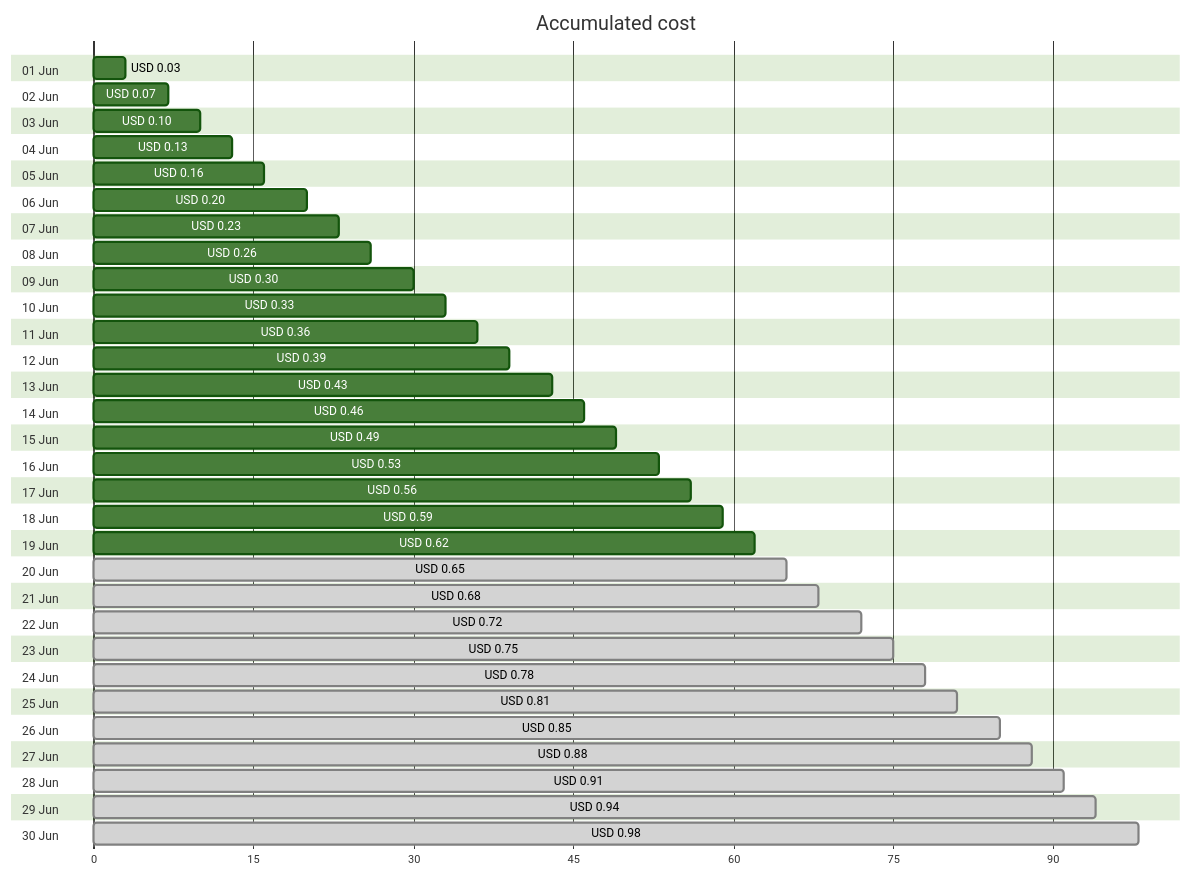
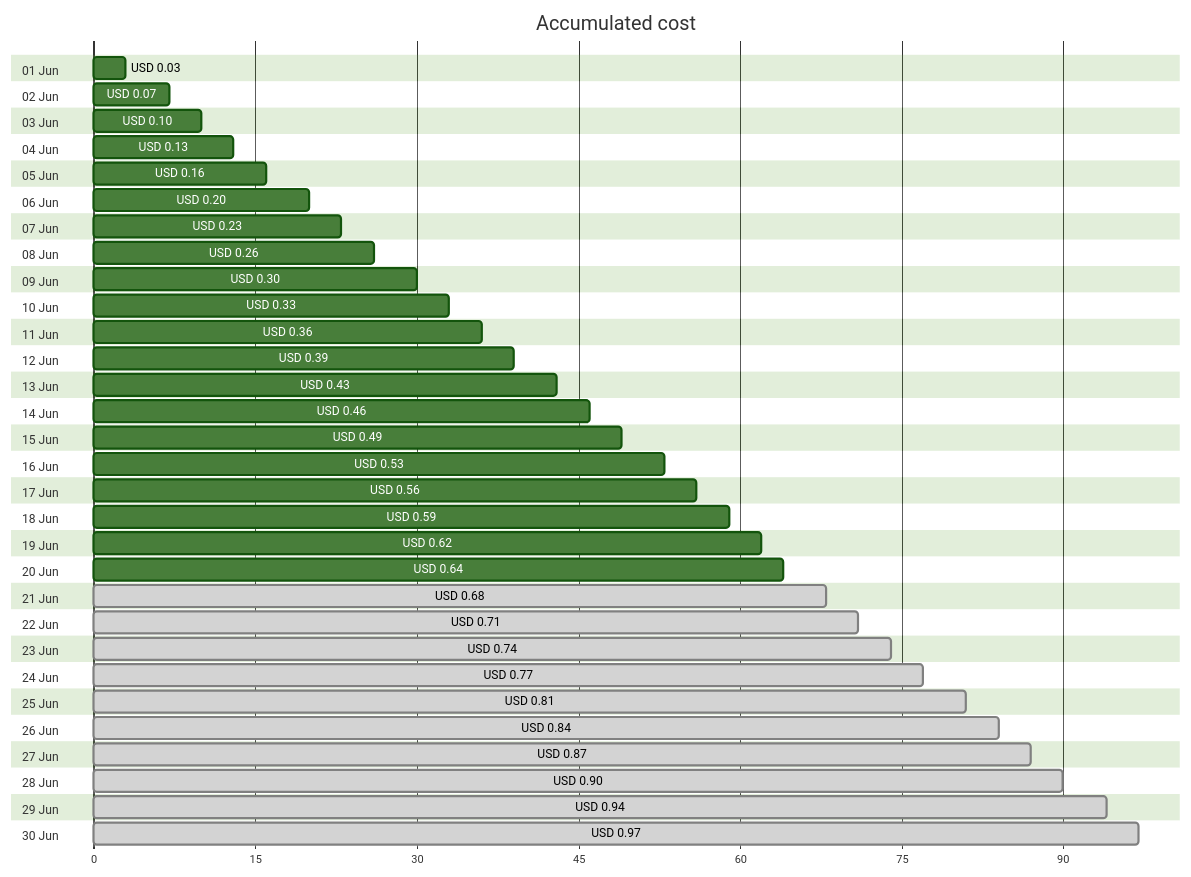
One commit to jpfulton/azure-personal-reports changed the first of 4 diagrams in cost-reports/personal-dns/README.md. Above: the diagram before and after it, drawn with Mermaid (forest theme). The commit also changed other lines of this file and 2 other files, not shown here.

````diff
--- a/cost-reports/personal-dns/README.md
+++ b/cost-reports/personal-dns/README.md
@@ -20,66 +20,66 @@
 ```mermaid
 gantt
    title Accumulated cost
    dateFormat  X
    axisFormat %s
    section 01 Jun
    USD 0.03 :0, 3
    section 02 Jun
    USD 0.07 :0, 7
    section 03 Jun
    USD 0.10 :0, 10
    section 04 Jun
    USD 0.13 :0, 13
    section 05 Jun
    USD 0.16 :0, 16
    section 06 Jun
    USD 0.20 :0, 20
    section 07 Jun
    USD 0.23 :0, 23
    section 08 Jun
    USD 0.26 :0, 26
    section 09 Jun
    USD 0.30 :0, 30
    section 10 Jun
    USD 0.33 :0, 33
    section 11 Jun
    USD 0.36 :0, 36
    section 12 Jun
    USD 0.39 :0, 39
    section 13 Jun
    USD 0.43 :0, 43
    section 14 Jun
    USD 0.46 :0, 46
    section 15 Jun
    USD 0.49 :0, 49
    section 16 Jun
    USD 0.53 :0, 53
    section 17 Jun
    USD 0.56 :0, 56
    section 18 Jun
    USD 0.59 :0, 59
    section 19 Jun
    USD 0.62 :0, 62
    section 20 Jun
-   USD 0.65 : done, 0, 65
+   USD 0.64 :0, 64
    section 21 Jun
    USD 0.68 : done, 0, 68
    section 22 Jun
-   USD 0.72 : done, 0, 72
+   USD 0.71 : done, 0, 71
    section 23 Jun
-   USD 0.75 : done, 0, 75
+   USD 0.74 : done, 0, 74
    section 24 Jun
-   USD 0.78 : done, 0, 78
+   USD 0.77 : done, 0, 77
    section 25 Jun
    USD 0.81 : done, 0, 81
    section 26 Jun
-   USD 0.85 : done, 0, 85
+   USD 0.84 : done, 0, 84
    section 27 Jun
-   USD 0.88 : done, 0, 88
+   USD 0.87 : done, 0, 87
    section 28 Jun
-   USD 0.91 : done, 0, 91
+   USD 0.90 : done, 0, 90
    section 29 Jun
    USD 0.94 : done, 0, 94
    section 30 Jun
-   USD 0.98 : done, 0, 98
+   USD 0.97 : done, 0, 97
 ```
````
